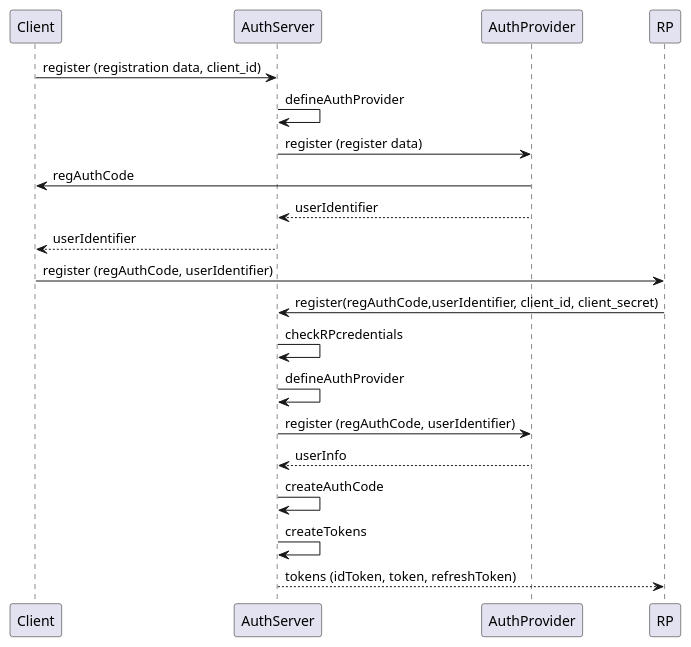
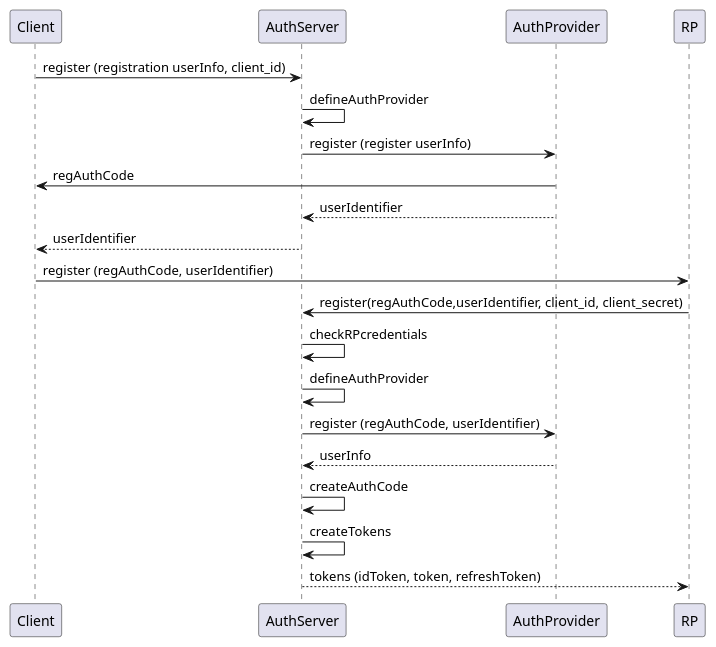
The diagram in docs/src/uml/RegistrationByCode.puml (alfa-laboratory/ratauth), drawn with PlantUML before and after one commit. The commit also changed 25 other files, not shown here.

Commit message:
feat(*): initial commit that updates registration and authorization flow and make possible assurance level increase NOT COMPILABLE!

```diff
--- a/docs/src/uml/RegistrationByCode.puml
+++ b/docs/src/uml/RegistrationByCode.puml
@@ -1,17 +1,17 @@
 @startuml
-Client -> AuthServer: register (registration data, client_id)
+Client -> AuthServer: register (registration userInfo, client_id)
 AuthServer -> AuthServer: defineAuthProvider
-AuthServer -> AuthProvider: register (register data)
+AuthServer -> AuthProvider: register (register userInfo)
 Client <- AuthProvider: regAuthCode
 AuthServer <-- AuthProvider: userIdentifier
 Client <-- AuthServer: userIdentifier
 Client -> RP: register (regAuthCode, userIdentifier)
 AuthServer <- RP: register(regAuthCode,userIdentifier, client_id, client_secret)
 AuthServer -> AuthServer: checkRPcredentials
 AuthServer -> AuthServer: defineAuthProvider
 AuthServer -> AuthProvider: register (regAuthCode, userIdentifier)
 AuthServer <-- AuthProvider: userInfo
 AuthServer -> AuthServer: createAuthCode
 AuthServer -> AuthServer: createTokens
 AuthServer --> RP: tokens (idToken, token, refreshToken)
 @enduml
```
